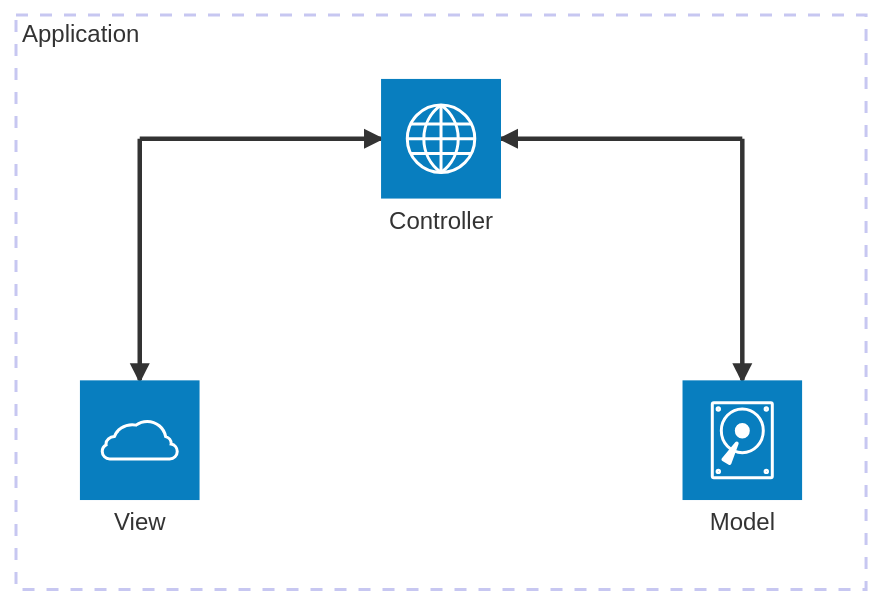
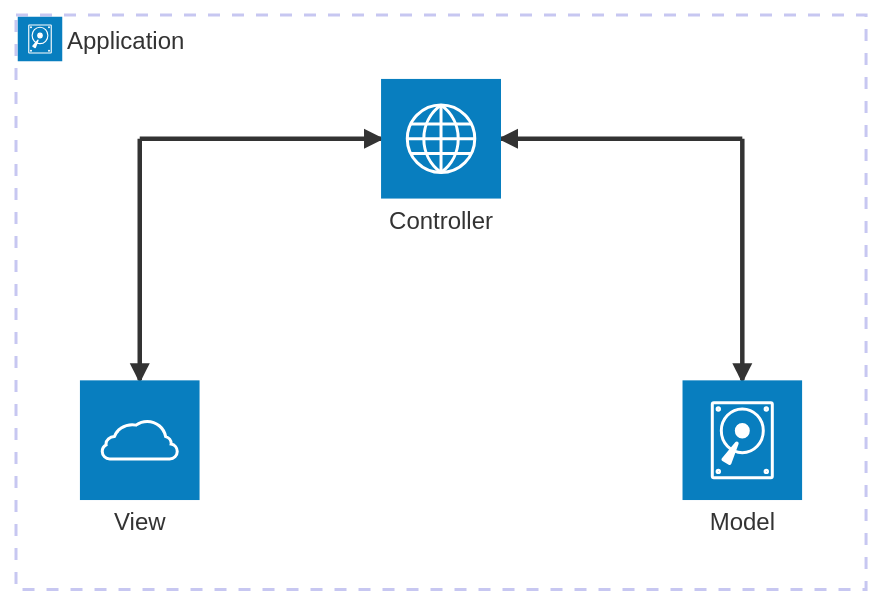
Before and after one commit to Uplink036/StardewCalculator: the second of 2 diagrams in README.md, drawn with Mermaid. The commit also changed other lines of this file, not shown here.

````diff
--- a/README.md
+++ b/README.md
@@ -19,15 +19,15 @@
 ```mermaid
 architecture-beta
-    group application[Application]
+    group application(disk)[Application]
     service controller(internet)[Controller] in application
     service model(disk)[Model] in application
     service view(cloud)[View] in application
     junction junctionLeft in application
     junction junctionRight in application
 
 
     controller:R <-- L:junctionLeft
     controller:L <-- R:junctionRight
     model:T <-- B:junctionLeft
     view:T <-- B:junctionRight
 ```
````
